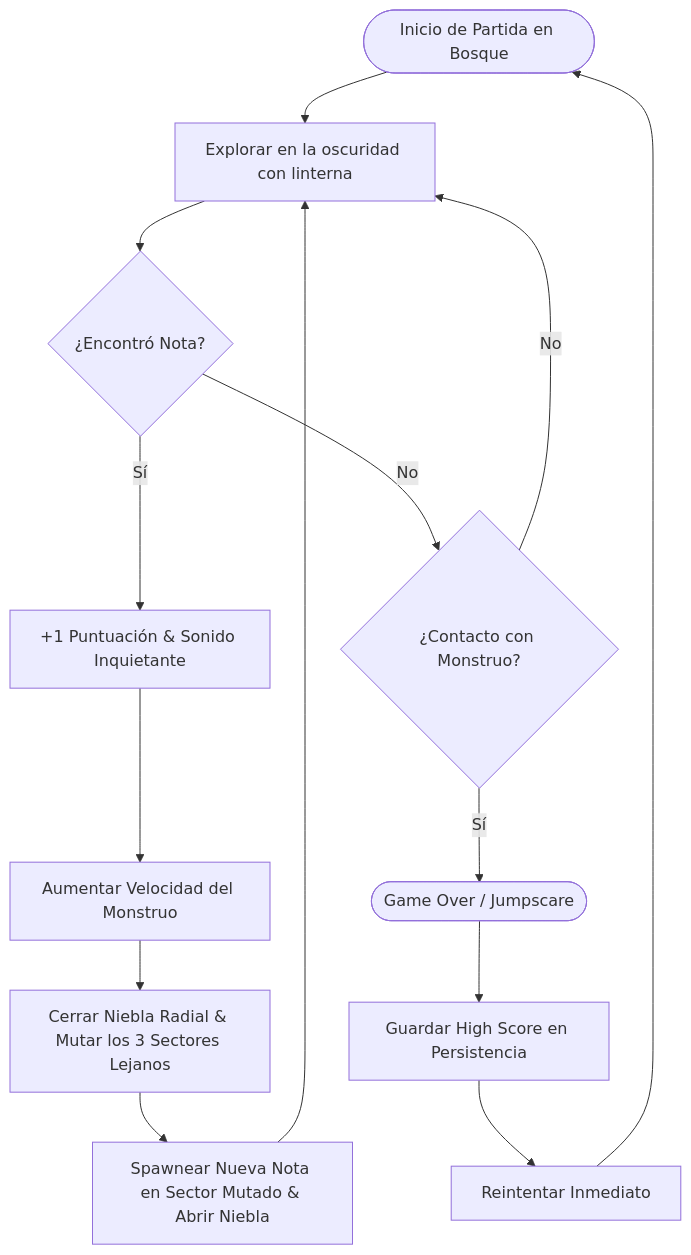
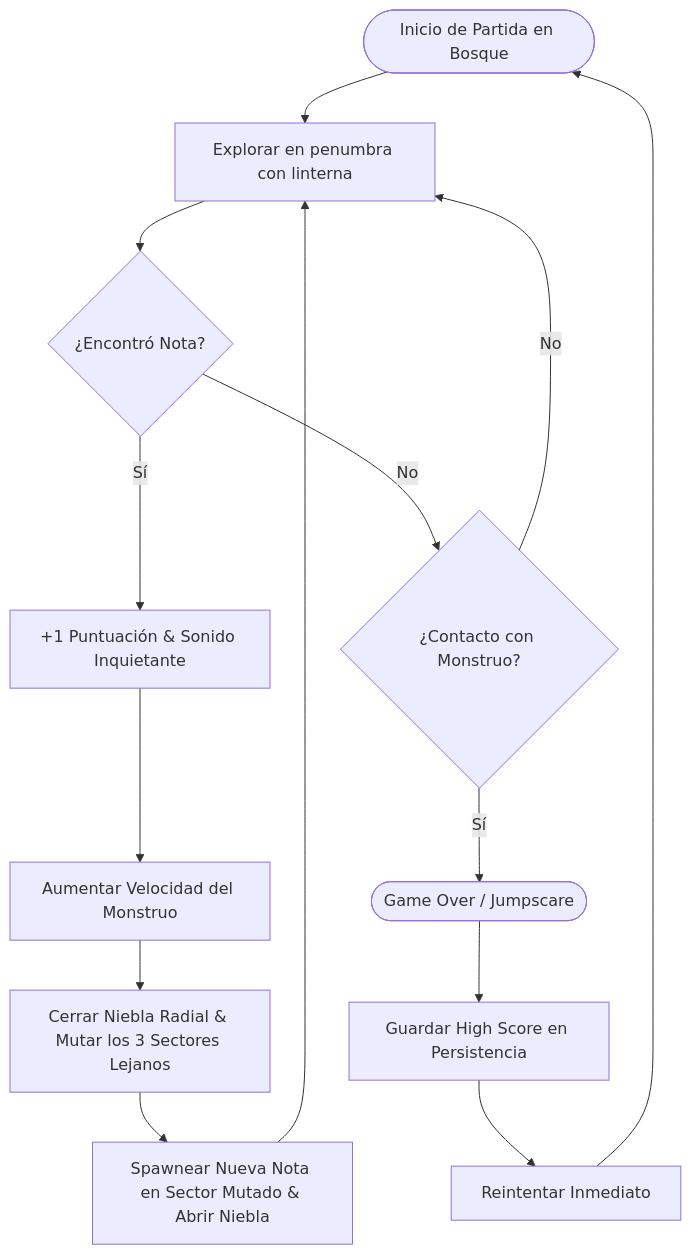
One commit to EmGamex/vosque changed the diagram in docs/gameplay/mecanicas_y_entidades.md. Above: the diagram before and after it, drawn with Mermaid. The commit also changed other lines of this file and 12 other files, not shown here.

````diff
--- a/docs/gameplay/mecanicas_y_entidades.md
+++ b/docs/gameplay/mecanicas_y_entidades.md
@@ -9,16 +9,16 @@
 ```mermaid
 flowchart TD
-    A([Inicio de Partida en Bosque]) --> B[Explorar en la oscuridad con linterna]
+    A([Inicio de Partida en Bosque]) --> B[Explorar en penumbra con linterna]
     B --> C{¿Encontró Nota?}
     C -- Sí --> D[+1 Puntuación & Sonido Inquietante]
     D --> E[Aumentar Velocidad del Monstruo]
     E --> F[Cerrar Niebla Radial & Mutar los 3 Sectores Lejanos]
     F --> G[Spawnear Nueva Nota en Sector Mutado & Abrir Niebla]
     G --> B
     C -- No --> H{¿Contacto con Monstruo?}
     H -- No --> B
     H -- Sí --> I([Game Over / Jumpscare])
     I --> J[Guardar High Score en Persistencia]
     J --> K[Reintentar Inmediato]
     K --> A
 ```
````
